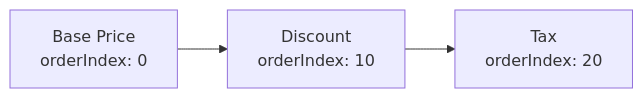
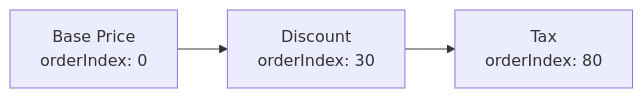
One commit to unchainedshop/unchained changed the second of 2 diagrams in docs/docs/concepts/pricing-system.md. Above: the diagram before and after it, drawn with Mermaid. The commit also changed other lines of this file and 165 other files, not shown here.

````diff
--- a/docs/docs/concepts/pricing-system.md
+++ b/docs/docs/concepts/pricing-system.md
@@ -38,4 +38,4 @@
 ```mermaid
 flowchart LR
-    BP[Base Price<br/>orderIndex: 0] --> D[Discount<br/>orderIndex: 10] --> T[Tax<br/>orderIndex: 20]
+    BP[Base Price<br/>orderIndex: 0] --> D[Discount<br/>orderIndex: 30] --> T[Tax<br/>orderIndex: 80]
 ```
````
